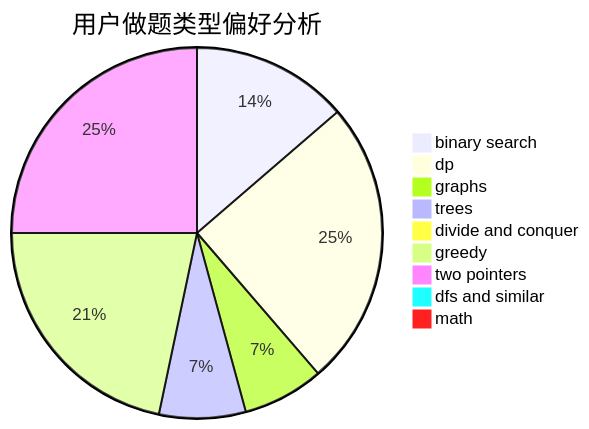
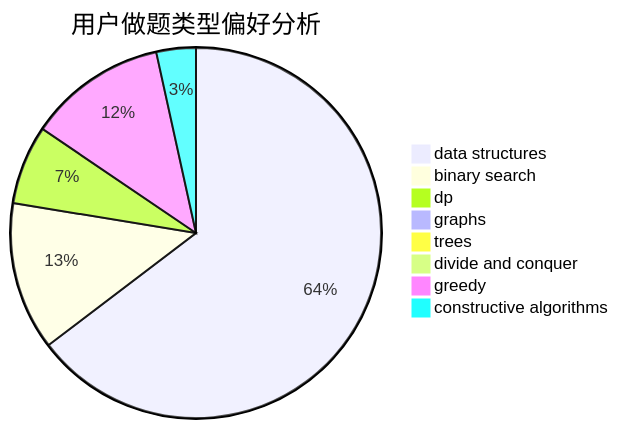
Before and after one commit to sherpahu/cfrs.github.io: the second of 3 diagrams in docs/user/u537.md, drawn with Mermaid. The commit also changed other lines of this file and 2775 other files, not shown here.

````diff
--- a/docs/user/u537.md
+++ b/docs/user/u537.md
@@ -23,12 +23,11 @@
 ```mermaid
 pie title 用户做题类型偏好分析
-    "binary search" :  29
-    "dp" :  53
-    "graphs" :  15
-    "trees" :  16
+    "data structures" :  75
+    "binary search" :  15
+    "dp" :  8
+    "graphs" :  0
+    "trees" :  1
     "divide and conquer" :  0
-    "greedy" :  46
-    "two pointers" :  53
-    "dfs and similar" :  1
-    "math" :  1
+    "greedy" :  14
+    "constructive algorithms" :  4
 ```
````
